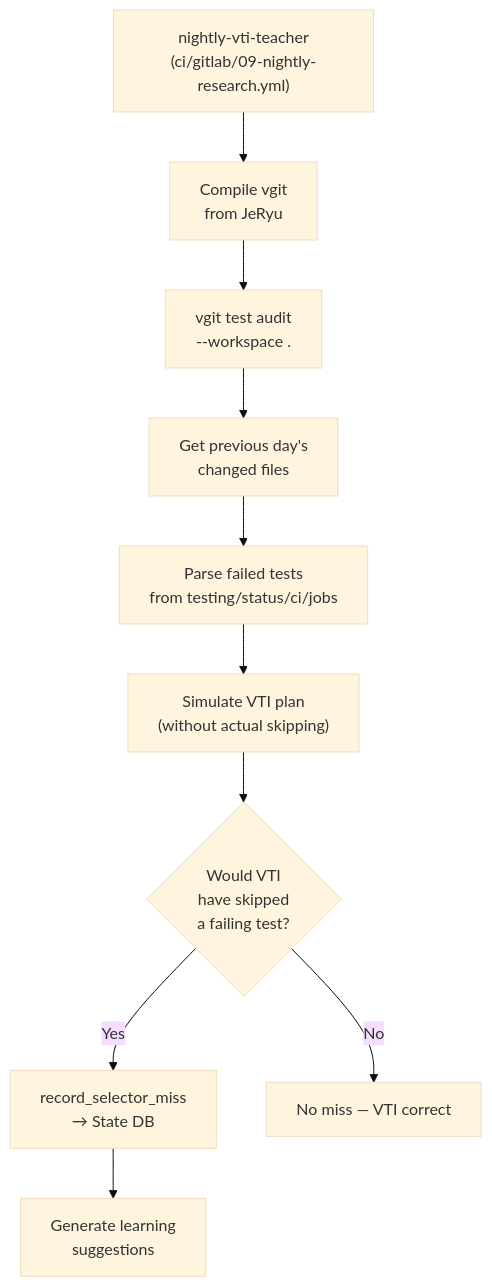
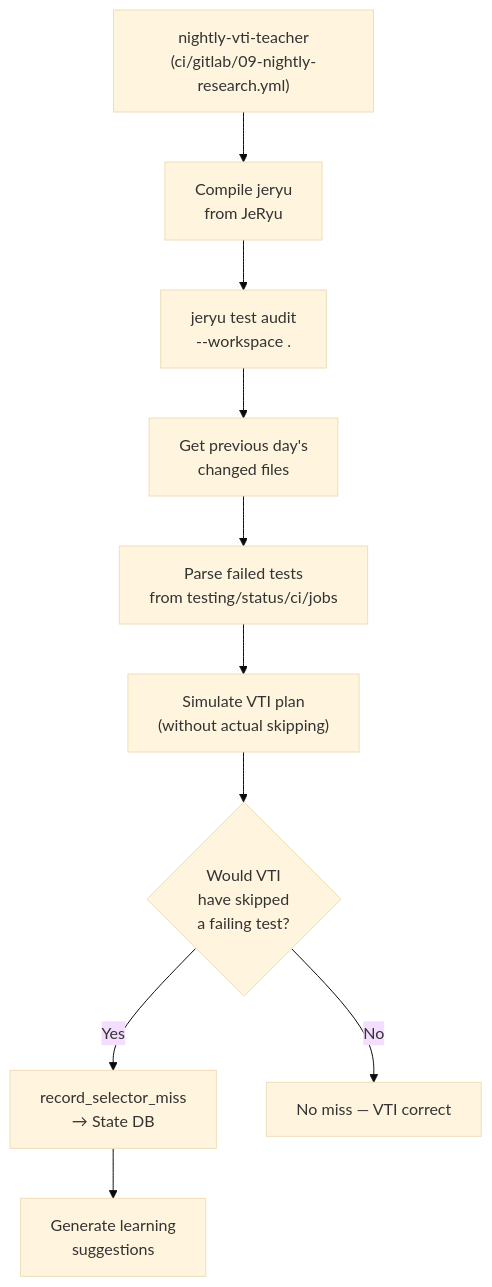
The second of 2 diagrams in docs/VTI.md (jeppsontaylor/JeRyu), drawn with Mermaid (base theme) before and after one commit. The commit also changed other lines of this file and 224 other files, not shown here.

Commit message:
feat: complete JeRyu transition and architecture updates

````diff
--- a/docs/VTI.md
+++ b/docs/VTI.md
@@ -337,12 +337,12 @@
 ```mermaid
 flowchart TD
-    Nightly["nightly-vti-teacher<br/>(ci/gitlab/09-nightly-research.yml)"] --> Build["Compile vgit<br/>from JeRyu"]
-    Build --> Audit["vgit test audit<br/>--workspace ."]
+    Nightly["nightly-vti-teacher<br/>(ci/gitlab/09-nightly-research.yml)"] --> Build["Compile jeryu<br/>from JeRyu"]
+    Build --> Audit["jeryu test audit<br/>--workspace ."]
     Audit --> GetChanges["Get previous day's<br/>changed files"]
     GetChanges --> GetFailed["Parse failed tests<br/>from testing/status/ci/jobs"]
     GetFailed --> Simulate["Simulate VTI plan<br/>(without actual skipping)"]
     Simulate --> Compare{Would VTI<br/>have skipped<br/>a failing test?}
     Compare -->|Yes| RecordMiss["record_selector_miss<br/>→ State DB"]
     Compare -->|No| Clean["No miss — VTI correct"]
     RecordMiss --> SuggestFix["Generate learning<br/>suggestions"]
 ```
````
